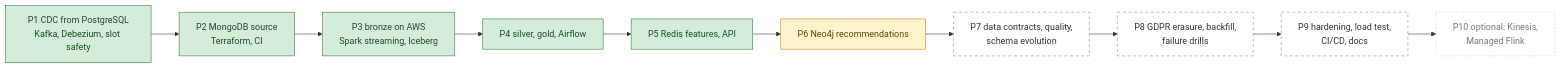
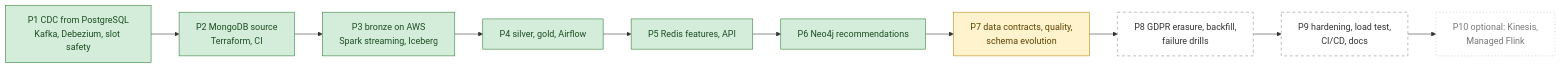
One commit to SouhailBourhim/TheLook_CDC_LakeHouse changed diagram 12 of 12 in docs/architecture.md. Above: the diagram before and after it, drawn with Mermaid. The commit also changed other lines of this file and 3 other files, not shown here.

````diff
--- a/docs/architecture.md
+++ b/docs/architecture.md
@@ -571,18 +571,18 @@
 ```mermaid
 flowchart LR
   P1["P1 CDC from PostgreSQL<br/>Kafka, Debezium, slot safety"]:::done
   P2["P2 MongoDB source<br/>Terraform, CI"]:::done
   P3["P3 bronze on AWS<br/>Spark streaming, Iceberg"]:::done
   P4["P4 silver, gold, Airflow"]:::done
   P5["P5 Redis features, API"]:::done
-  P6["P6 Neo4j recommendations"]:::active
-  P7["P7 data contracts, quality,<br/>schema evolution"]:::planned
+  P6["P6 Neo4j recommendations"]:::done
+  P7["P7 data contracts, quality,<br/>schema evolution"]:::active
   P8["P8 GDPR erasure, backfill,<br/>failure drills"]:::planned
   P9["P9 hardening, load test,<br/>CI/CD, docs"]:::planned
   P10["P10 optional: Kinesis,<br/>Managed Flink"]:::optional
   P1 --> P2 --> P3 --> P4 --> P5 --> P6 --> P7 --> P8 --> P9 --> P10
   classDef done fill:#d4edda,stroke:#2e7d32,color:#1b4d20
   classDef active fill:#fff3cd,stroke:#b8860b,color:#5c4400
   classDef planned fill:#ffffff,stroke:#888888,stroke-dasharray: 5 5,color:#333333
   classDef optional fill:#ffffff,stroke:#bbbbbb,stroke-dasharray: 2 4,color:#777777
 ```
````
